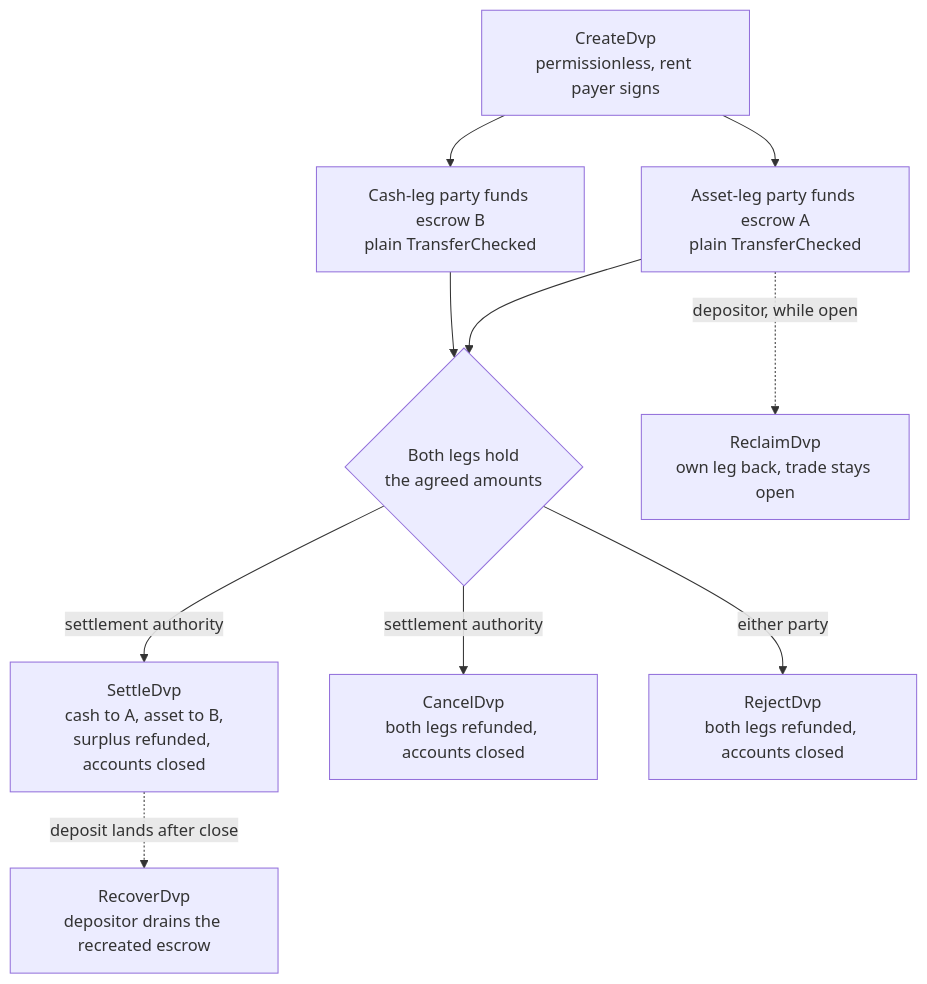
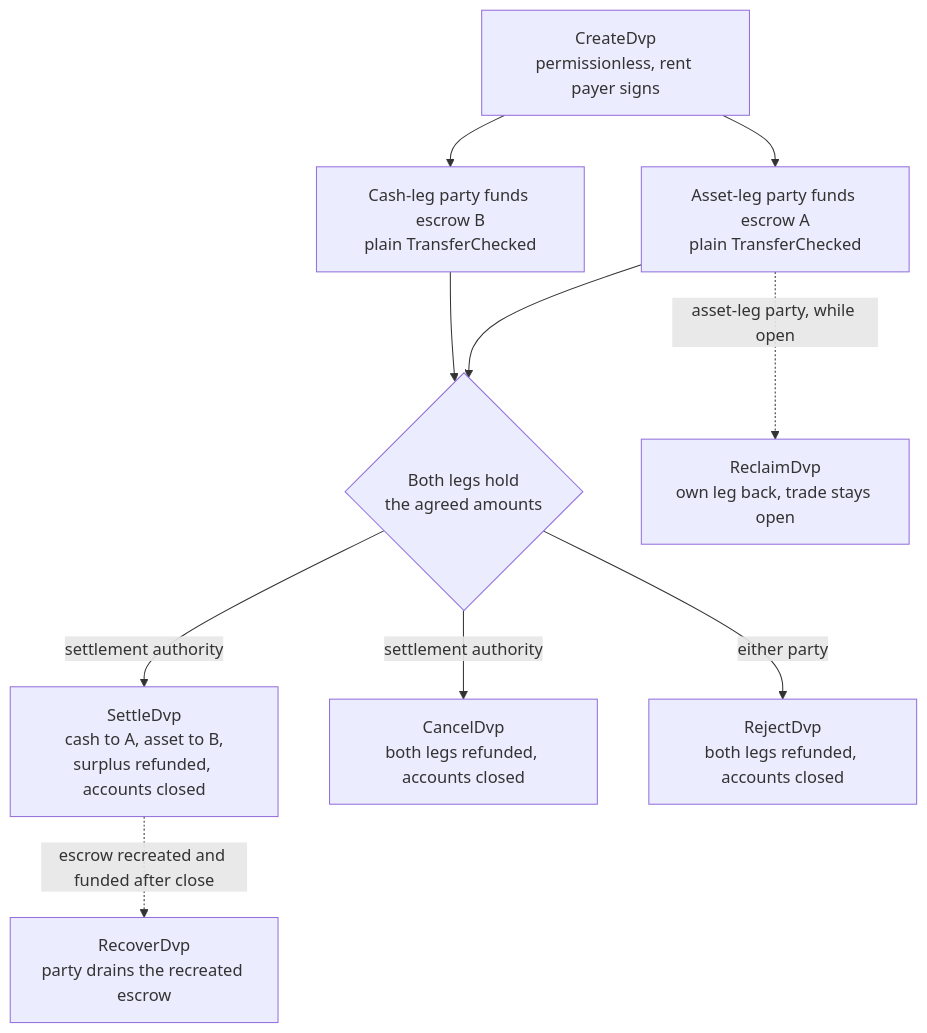
The first of 2 diagrams in apps/docs/content/docs/en/defi/dvp-program/index.mdx (solana-foundation/solana-com), drawn with Mermaid before and after one commit. The commit also changed other lines of this file and 8 other files, not shown here.

````diff
--- a/apps/docs/content/docs/en/defi/dvp-program/index.mdx
+++ b/apps/docs/content/docs/en/defi/dvp-program/index.mdx
@@ -92,12 +101,12 @@
 ```mermaid
 flowchart TD
   C["CreateDvp<br/>permissionless, rent payer signs"] --> FA["Asset-leg party funds escrow A<br/>plain TransferChecked"]
   C --> FB["Cash-leg party funds escrow B<br/>plain TransferChecked"]
   FA --> G{Both legs hold<br/>the agreed amounts}
   FB --> G
   G -->|settlement authority| S["SettleDvp<br/>cash to A, asset to B,<br/>surplus refunded, accounts closed"]
   G -->|settlement authority| X["CancelDvp<br/>both legs refunded, accounts closed"]
   G -->|either party| R["RejectDvp<br/>both legs refunded, accounts closed"]
-  FA -.->|depositor, while open| L["ReclaimDvp<br/>own leg back, trade stays open"]
-  S -.->|deposit lands after close| V["RecoverDvp<br/>depositor drains the recreated escrow"]
+  FA -.->|asset-leg party, while open| L["ReclaimDvp<br/>own leg back, trade stays open"]
+  S -.->|escrow recreated and funded after close| V["RecoverDvp<br/>party drains the recreated escrow"]
 ```
````
